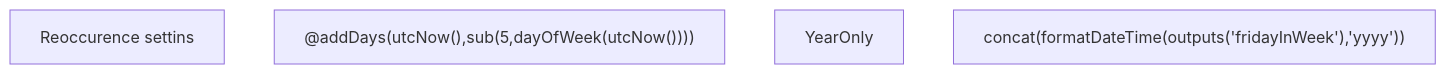
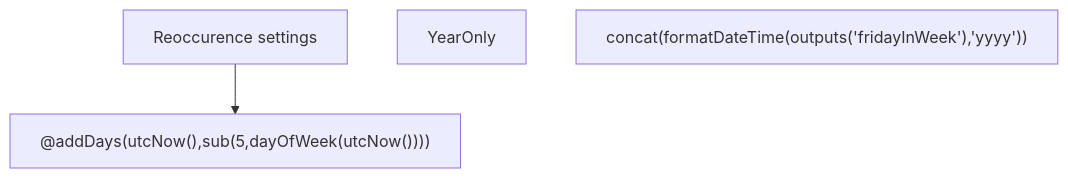
Before and after one commit to CharlesL-Sec/Power-Automate-Weekly-Reporting-Flow-Code: the diagram in README.md, drawn with Mermaid.

````diff
--- a/README.md
+++ b/README.md
@@ -37,12 +37,12 @@
 ```mermaid
 
 graph TD;
-  trigger[Reoccurence settins]
+  trigger[Reoccurence settings]-->
   getfridaydate["@addDays(utcNow(),sub(5,dayOfWeek(utcNow())))"]
   setvariables[YearOnly]
   yearOnly["concat(formatDateTime(outputs('fridayInWeek'),'yyyy'))"]
 
 
 
 
 ```
````
